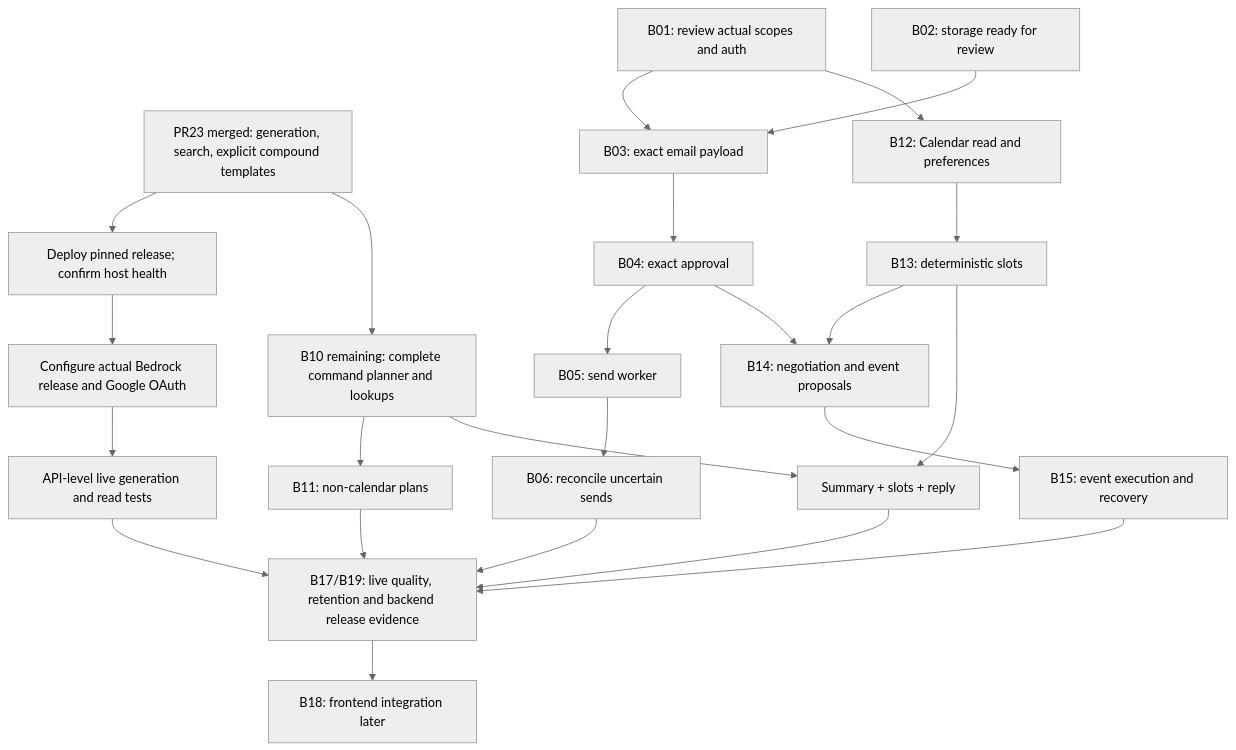
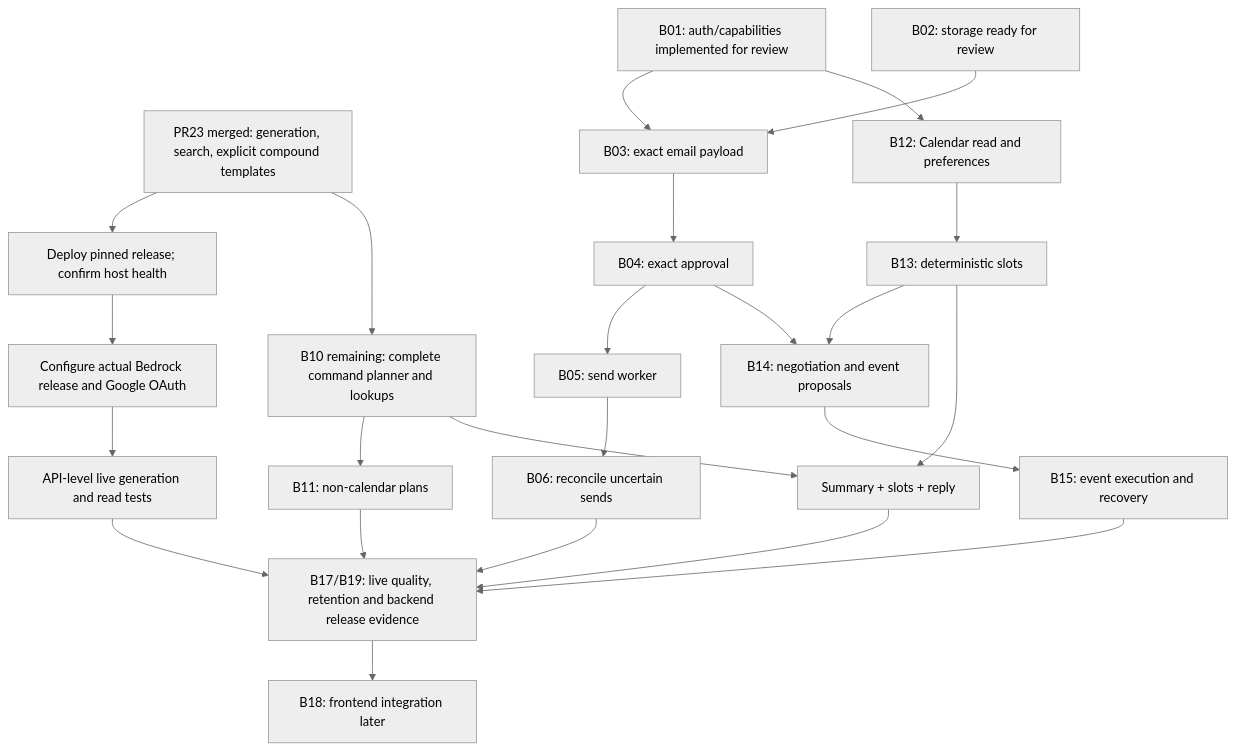
Before and after one commit to bhowmikdham/Threadly: the second of 2 diagrams in docs/workflow-testing-map.md, drawn with Mermaid (neutral theme). The commit also changed other lines of this file and 31 other files, not shown here.

Commit message:
feat(auth): bind Google login and persist actual capabilities

````diff
--- a/docs/workflow-testing-map.md
+++ b/docs/workflow-testing-map.md
@@ -144,26 +144,26 @@
 ```mermaid
 flowchart TD
     MERGED[PR23 merged: generation, search, explicit compound templates] --> DEPLOY[Deploy pinned release; confirm host health]
     DEPLOY --> CONFIG[Configure actual Bedrock release and Google OAuth]
     CONFIG --> READTEST[API-level live generation and read tests]
-    B01[B01: review actual scopes and auth] --> B03[B03: exact email payload]
+    B01[B01: auth/capabilities implemented for review] --> B03[B03: exact email payload]
     B02[B02: storage ready for review] --> B03
     B03 --> B04[B04: exact approval]
     B04 --> B05[B05: send worker]
     B05 --> B06[B06: reconcile uncertain sends]
     B01 --> B12[B12: Calendar read and preferences]
     B12 --> B13[B13: deterministic slots]
     B13 --> B14[B14: negotiation and event proposals]
     B04 --> B14
     B14 --> B15[B15: event execution and recovery]
     MERGED --> B10[B10 remaining: complete command planner and lookups]
     B10 --> B11[B11: non-calendar plans]
     B10 --> COMPOUND[Summary + slots + reply]
     B13 --> COMPOUND
     READTEST --> GATE[B17/B19: live quality, retention and backend release evidence]
     B06 --> GATE
     B15 --> GATE
     B11 --> GATE
     COMPOUND --> GATE
     GATE --> FRONT[B18: frontend integration later]
 ```
````
